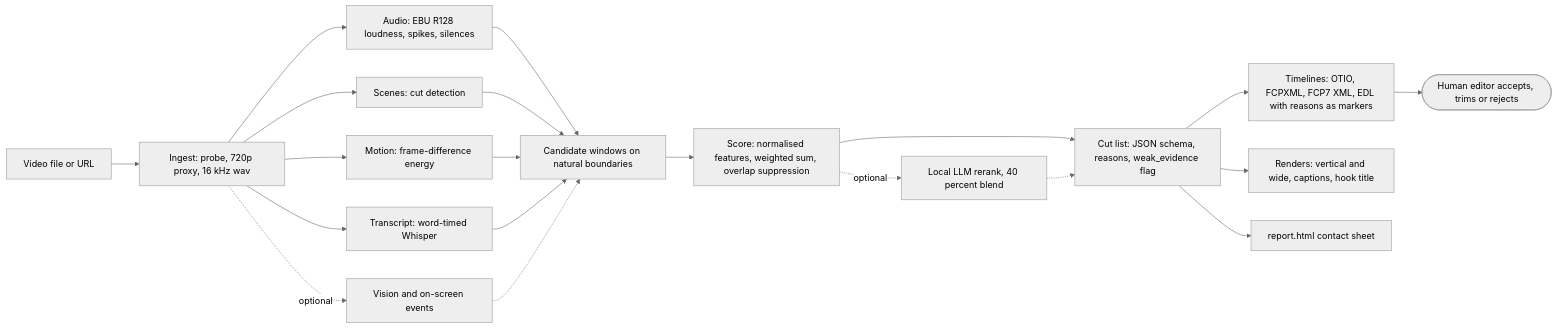
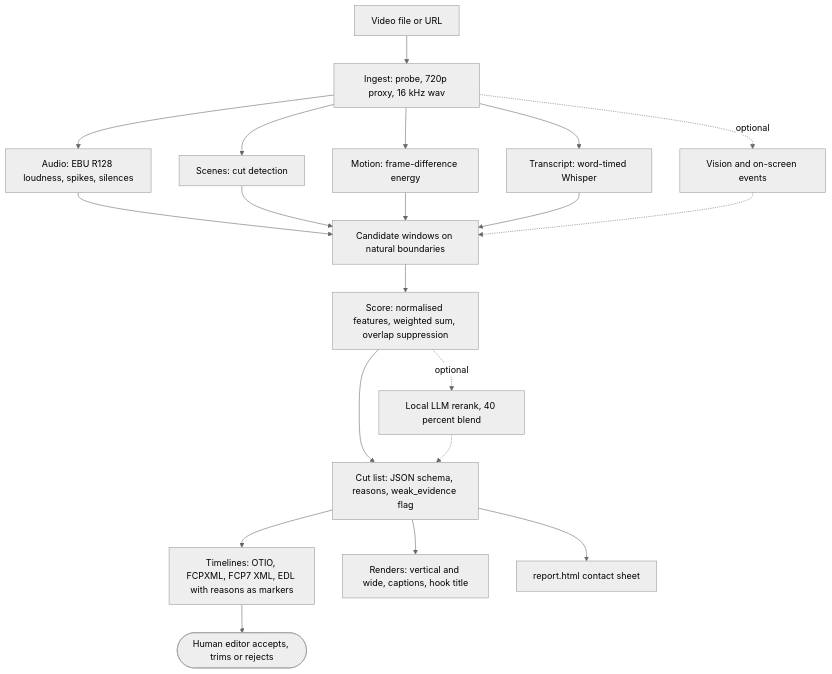
One commit to Martin-crypto/luter-video-agent-showcase changed the diagram in README.md. Above: the diagram before and after it, drawn with Mermaid (neutral theme). The commit also changed other lines of this file and 1 other file, not shown here.

Commit message:
Architecture diagram as image (renders everywhere)

````diff
--- a/README.md
+++ b/README.md
@@ -73,22 +77,22 @@
 ```mermaid
-flowchart LR
+flowchart TD
     A["Video file or URL"] --> B["Ingest: probe, 720p proxy, 16 kHz wav"]
     B --> C1["Audio: EBU R128 loudness, spikes, silences"]
     B --> C2["Scenes: cut detection"]
     B --> C3["Motion: frame-difference energy"]
     B --> C4["Transcript: word-timed Whisper"]
     B -.->|optional| C5["Vision and on-screen events"]
     C1 --> D["Candidate windows on natural boundaries"]
     C2 --> D
     C3 --> D
     C4 --> D
     C5 -.-> D
     D --> E["Score: normalised features, weighted sum, overlap suppression"]
     E -.->|optional| R["Local LLM rerank, 40 percent blend"]
     E --> F["Cut list: JSON schema, reasons, weak_evidence flag"]
     R -.-> F
     F --> G1["Timelines: OTIO, FCPXML, FCP7 XML, EDL with reasons as markers"]
     F --> G2["Renders: vertical and wide, captions, hook title"]
     F --> G3["report.html contact sheet"]
     G1 --> H(["Human editor accepts, trims or rejects"])
 ```
````
